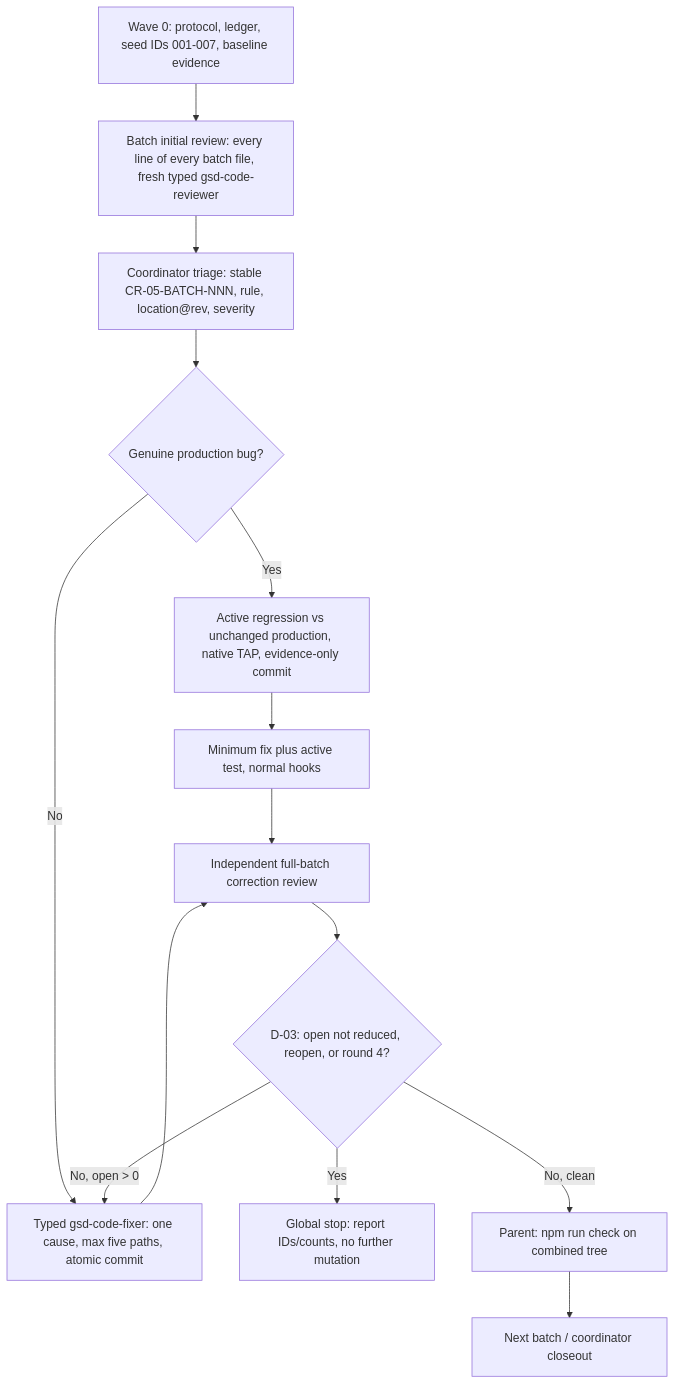
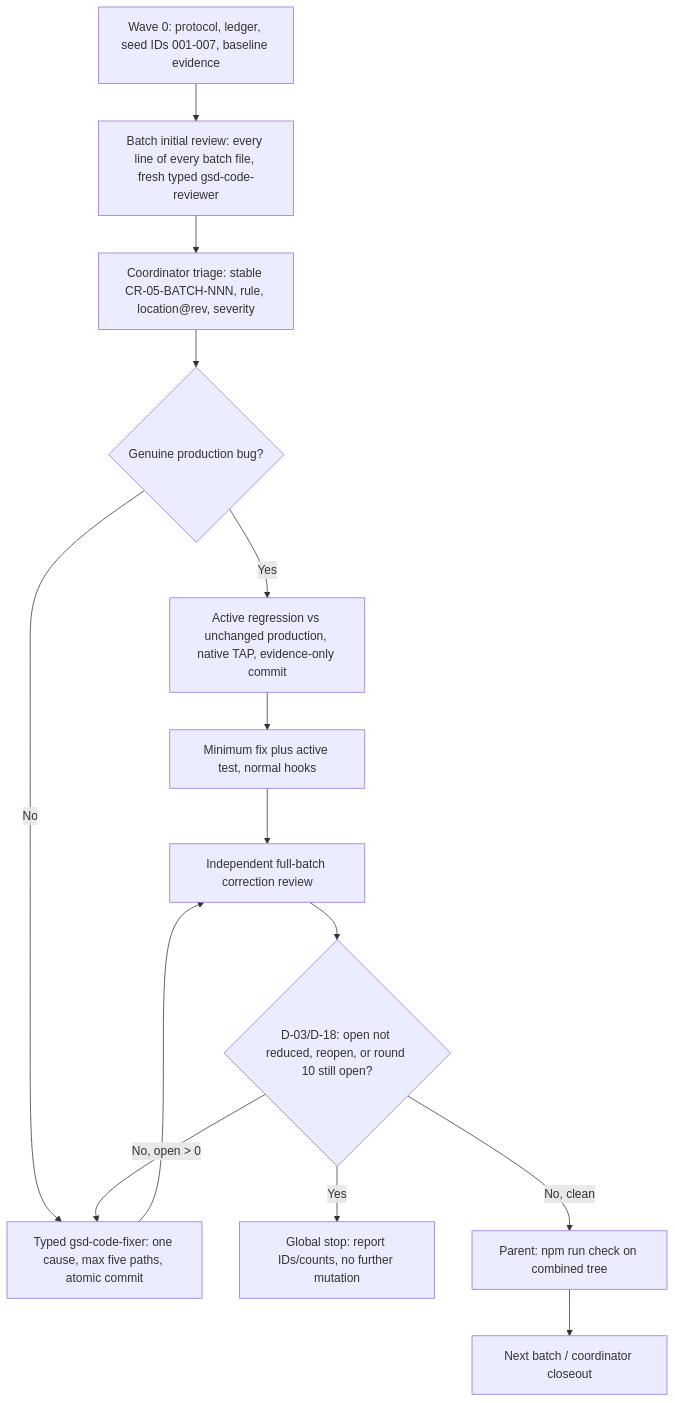
Before and after one commit to acolomba/homebridge-basement-guardian: the first of 2 diagrams in .planning/phases/05-accessories-conformance/05-RESEARCH.md, drawn with Mermaid. The commit also changed other lines of this file and 2 other files, not shown here.

First line of the commit message:
docs: record the ten-round correction cap for accessories

````diff
--- a/.planning/phases/05-accessories-conformance/05-RESEARCH.md
+++ b/.planning/phases/05-accessories-conformance/05-RESEARCH.md
@@ -303,16 +303,16 @@
 ```mermaid
 flowchart TD
   W0[Wave 0: protocol, ledger, seed IDs 001-007, baseline evidence] --> R0[Batch initial review: every line of every batch file, fresh typed gsd-code-reviewer]
   R0 --> T[Coordinator triage: stable CR-05-BATCH-NNN, rule, location@rev, severity]
   T --> B{Genuine production bug?}
   B -->|Yes| RED[Active regression vs unchanged production, native TAP, evidence-only commit]
   RED --> GREEN[Minimum fix plus active test, normal hooks]
   B -->|No| FIX[Typed gsd-code-fixer: one cause, max five paths, atomic commit]
   GREEN --> CR[Independent full-batch correction review]
   FIX --> CR
-  CR --> S{D-03: open not reduced, reopen, or round 4?}
+  CR --> S{D-03/D-18: open not reduced, reopen, or round 10 still open?}
   S -->|Yes| STOP[Global stop: report IDs/counts, no further mutation]
   S -->|No, open > 0| FIX
   S -->|No, clean| G[Parent: npm run check on combined tree]
   G --> NEXT[Next batch / coordinator closeout]
 ```
````
